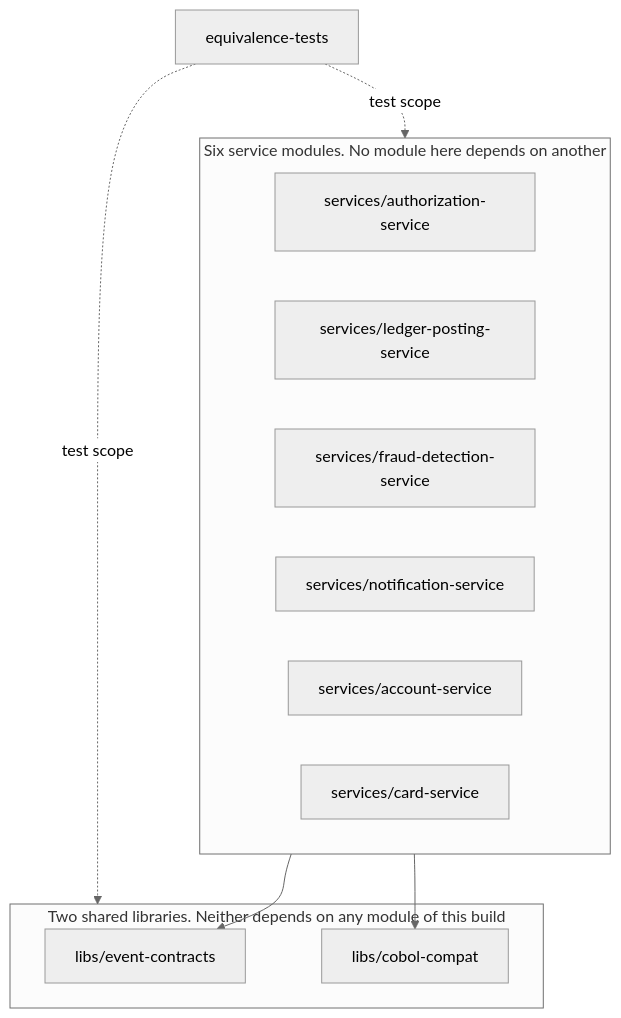
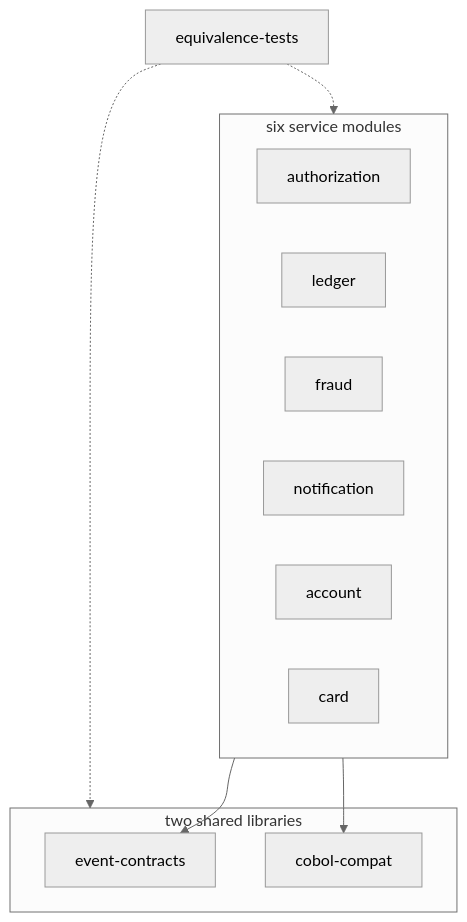
Before and after one commit to blitzy-public-samples/aws-carddemo-blitzy: the second of 2 diagrams in card-platform/README.md, drawn with Mermaid (neutral theme). The commit also changed other lines of this file and 522 other files, not shown here.

Commit message:
Complete resilient card processing and service contracts

````diff
--- a/card-platform/README.md
+++ b/card-platform/README.md
@@ -322,23 +243,23 @@
 ```mermaid
 graph TB
-    ET["equivalence-tests"]
+    EQ["equivalence-tests"]
 
-    subgraph SERVICES["Six service modules. No module here depends on another"]
-        AUTH["services/authorization-service"]
-        LEDG["services/ledger-posting-service"]
-        FRAU["services/fraud-detection-service"]
-        NOTI["services/notification-service"]
-        ACCT["services/account-service"]
-        CARD["services/card-service"]
+    subgraph SERVICES["six service modules"]
+        A["authorization"]
+        L["ledger"]
+        F["fraud"]
+        N["notification"]
+        AC["account"]
+        C["card"]
     end
 
-    subgraph LIBS["Two shared libraries. Neither depends on any module of this build"]
-        EC["libs/event-contracts"]
-        CC["libs/cobol-compat"]
+    subgraph LIBRARIES["two shared libraries"]
+        EVENTS["event-contracts"]
+        COBOL["cobol-compat"]
     end
 
-    ET -. "test scope" .-> SERVICES
-    ET -. "test scope" .-> LIBS
-    SERVICES --> EC
-    SERVICES --> CC
+    EQ -.-> SERVICES
+    EQ -.-> LIBRARIES
+    SERVICES --> EVENTS
+    SERVICES --> COBOL
 ```
````
